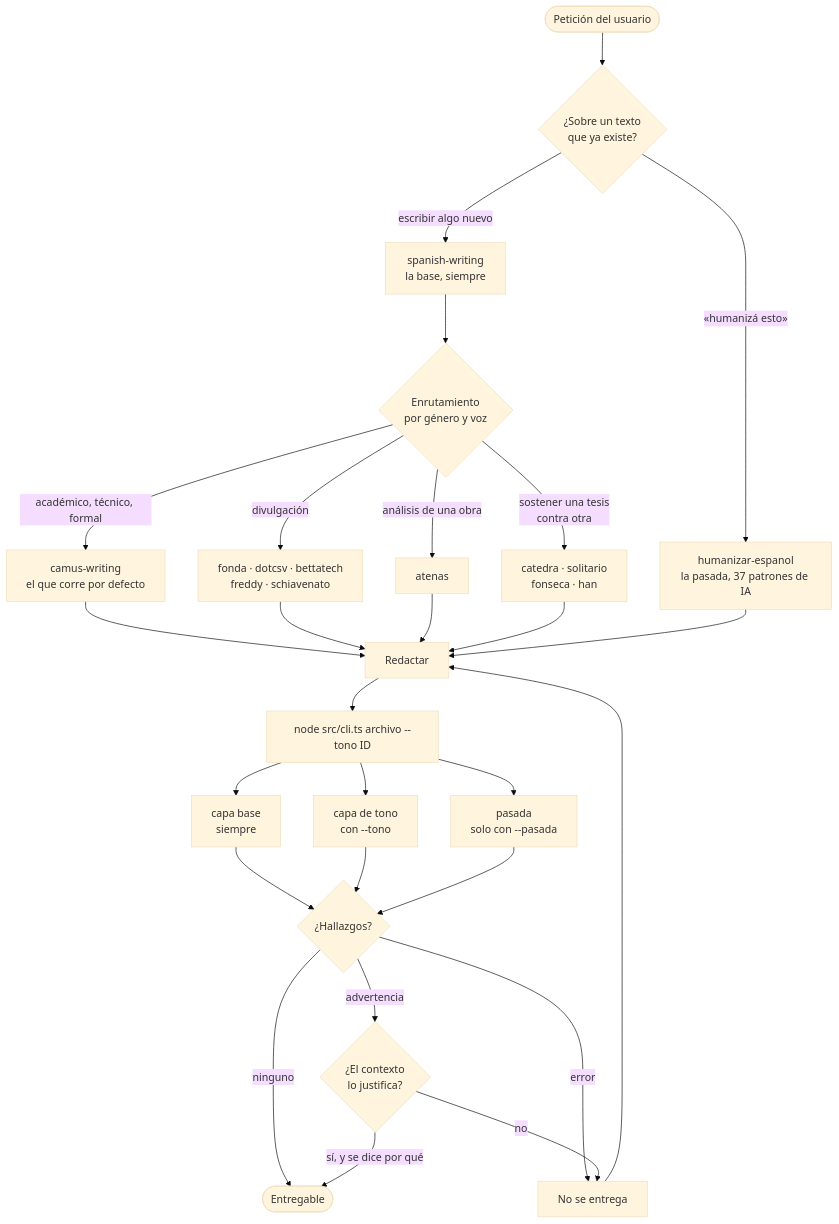
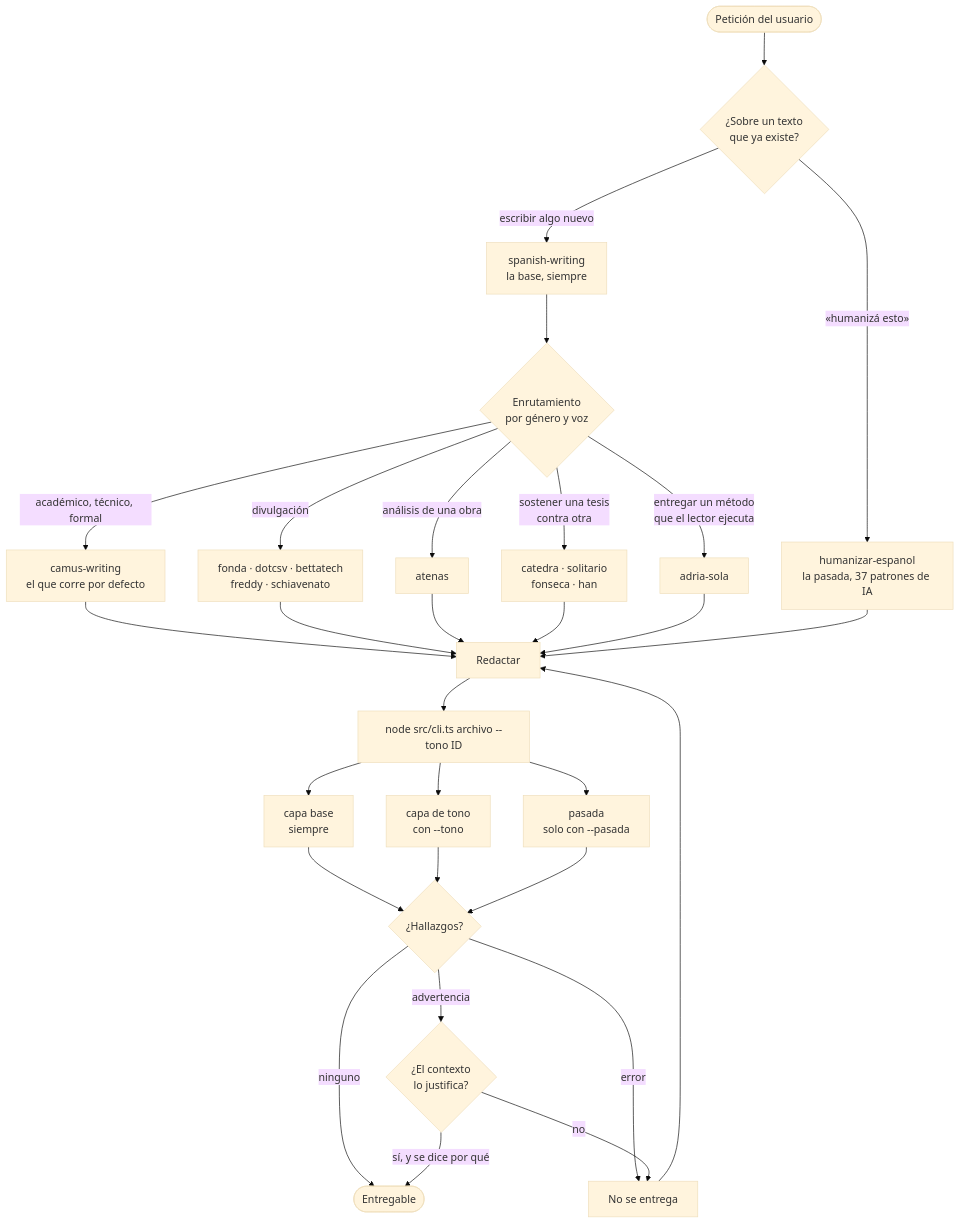
Before and after one commit to diegnghtmr/writing-harness: the first of 5 diagrams in README.md, drawn with Mermaid (base theme). The commit also changed other lines of this file and 21 other files, not shown here.

````diff
--- a/README.md
+++ b/README.md
@@ -22,35 +28,37 @@
 ```mermaid
 flowchart TD
     U(["Petición del usuario"]) --> Q0{"¿Sobre un texto<br/>que ya existe?"}
 
     Q0 -->|"«humanizá esto»"| H["humanizar-espanol<br/>la pasada, 37 patrones de IA"]
     Q0 -->|"escribir algo nuevo"| B["spanish-writing<br/>la base, siempre"]
 
     B --> R{"Enrutamiento<br/>por género y voz"}
     R -->|"académico, técnico, formal"| T1["camus-writing<br/>el que corre por defecto"]
     R -->|"divulgación"| T2["fonda · dotcsv · bettatech<br/>freddy · schiavenato"]
     R -->|"análisis de una obra"| T3["atenas"]
     R -->|"sostener una tesis<br/>contra otra"| T4["catedra · solitario<br/>fonseca · han"]
+    R -->|"entregar un método<br/>que el lector ejecuta"| T5["adria-sola"]
 
     T1 --> W["Redactar"]
     T2 --> W
     T3 --> W
     T4 --> W
+    T5 --> W
     H --> W
 
     W --> V["node src/cli.ts archivo --tono ID"]
     V --> C1["capa base<br/>siempre"]
     V --> C2["capa de tono<br/>con --tono"]
     V --> C3["pasada<br/>solo con --pasada"]
 
     C1 --> Q1{"¿Hallazgos?"}
     C2 --> Q1
     C3 --> Q1
 
     Q1 -->|"ninguno"| E(["Entregable"])
     Q1 -->|"error"| X["No se entrega"]
     Q1 -->|"advertencia"| Q2{"¿El contexto<br/>lo justifica?"}
     Q2 -->|"sí, y se dice por qué"| E
     Q2 -->|"no"| X
     X --> W
 ```
````
